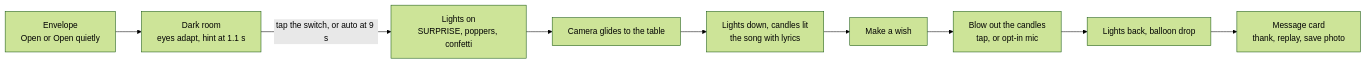
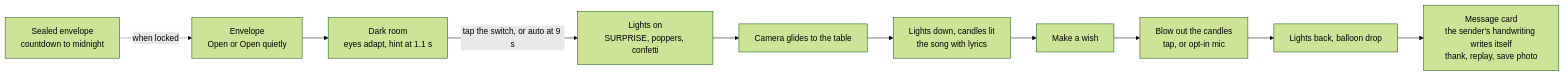
One commit to Gubbitkeytoday/hbd-3d-craft changed the second of 2 diagrams in README.md. Above: the diagram before and after it, drawn with Mermaid (forest theme). The commit also changed other lines of this file and 18 other files, not shown here.

First line of the commit message:
Midnight lock, the sender's handwriting and memory prompts

````diff
--- a/README.md
+++ b/README.md
@@ -290,11 +300,12 @@
 ```mermaid
 flowchart LR
+    L[Sealed envelope<br>countdown to midnight] -.->|when locked| A
     A[Envelope<br>Open or Open quietly] --> B[Dark room<br>eyes adapt, hint at 1.1 s]
     B -->|tap the switch, or auto at 9 s| C[Lights on<br>SURPRISE, poppers, confetti]
     C --> D[Camera glides to the table]
     D --> E[Lights down, candles lit<br>the song with lyrics]
     E --> F[Make a wish]
     F --> G[Blow out the candles<br>tap, or opt-in mic]
     G --> H[Lights back, balloon drop]
-    H --> I[Message card<br>thank, replay, save photo]
+    H --> I[Message card<br>the sender's handwriting writes itself<br>thank, replay, save photo]
 ```
````
